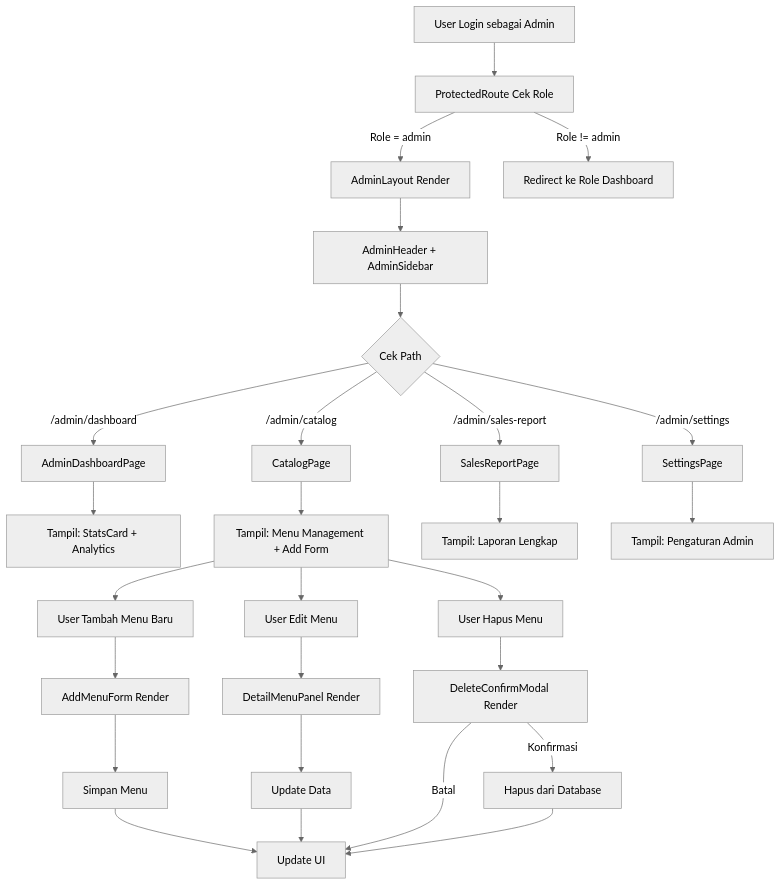
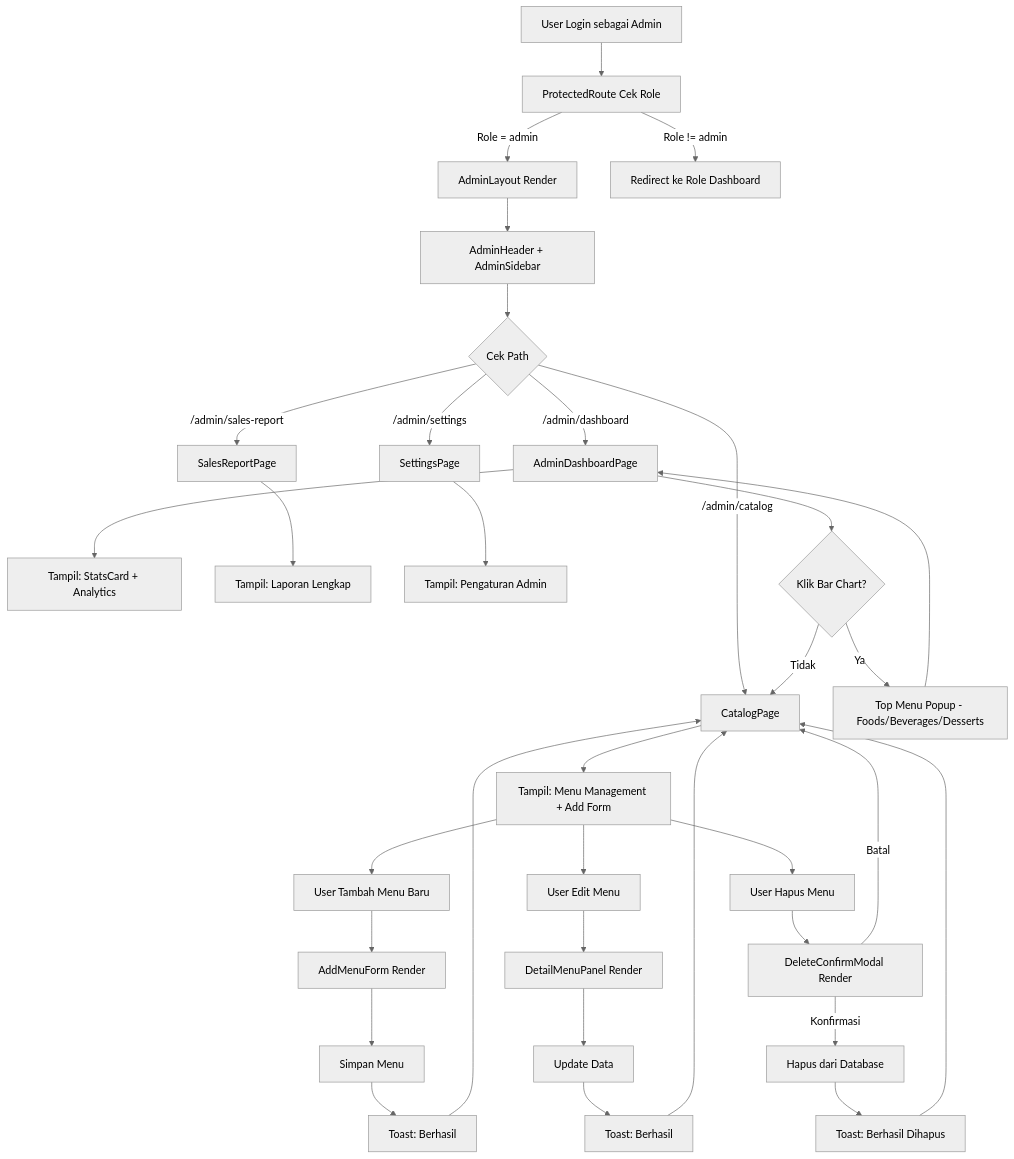
One commit to ricky-blip/pos-frontend changed the seventh of 20 diagrams in FLOWCHART.md. Above: the diagram before and after it, drawn with Mermaid (neutral theme). The commit also changed other lines of this file, not shown here.

Commit message:
update flowchart

````diff
--- a/FLOWCHART.md
+++ b/FLOWCHART.md
@@ -187,35 +241,43 @@
 ```mermaid
 flowchart TD
     A[User Login sebagai Admin] --> B[ProtectedRoute Cek Role]
     B -->|Role = admin| C[AdminLayout Render]
     B -->|Role != admin| D[Redirect ke Role Dashboard]
 
     C --> E[AdminHeader + AdminSidebar]
     E --> F{Cek Path}
 
     F -->|/admin/dashboard| G[AdminDashboardPage]
     F -->|/admin/catalog| H[CatalogPage]
     F -->|/admin/sales-report| I[SalesReportPage]
     F -->|/admin/settings| J[SettingsPage]
 
     G --> K[Tampil: StatsCard + Analytics]
     H --> L[Tampil: Menu Management + Add Form]
     I --> M[Tampil: Laporan Lengkap]
     J --> N[Tampil: Pengaturan Admin]
 
     L --> O[User Tambah Menu Baru]
     O --> P[AddMenuForm Render]
     P --> Q[Simpan Menu]
-    Q --> R[Update UI]
+    Q --> R[Toast: Berhasil]
+    R --> H
 
     L --> S[User Edit Menu]
     S --> T[DetailMenuPanel Render]
     T --> U[Update Data]
-    U --> R
+    U --> V[Toast: Berhasil]
+    V --> H
 
-    L --> V[User Hapus Menu]
-    V --> W[DeleteConfirmModal Render]
-    W -->|Konfirmasi| X[Hapus dari Database]
-    W -->|Batal| R
-    X --> R
+    L --> W[User Hapus Menu]
+    W --> X[DeleteConfirmModal Render]
+    X -->|Konfirmasi| Y[Hapus dari Database]
+    X -->|Batal| H
+    Y --> Z[Toast: Berhasil Dihapus]
+    Z --> H
+
+    G --> AA{Klik Bar Chart?}
+    AA -->|Ya| AB[Top Menu Popup - Foods/Beverages/Desserts]
+    AA -->|Tidak| H
+    AB --> G
 ```
````
